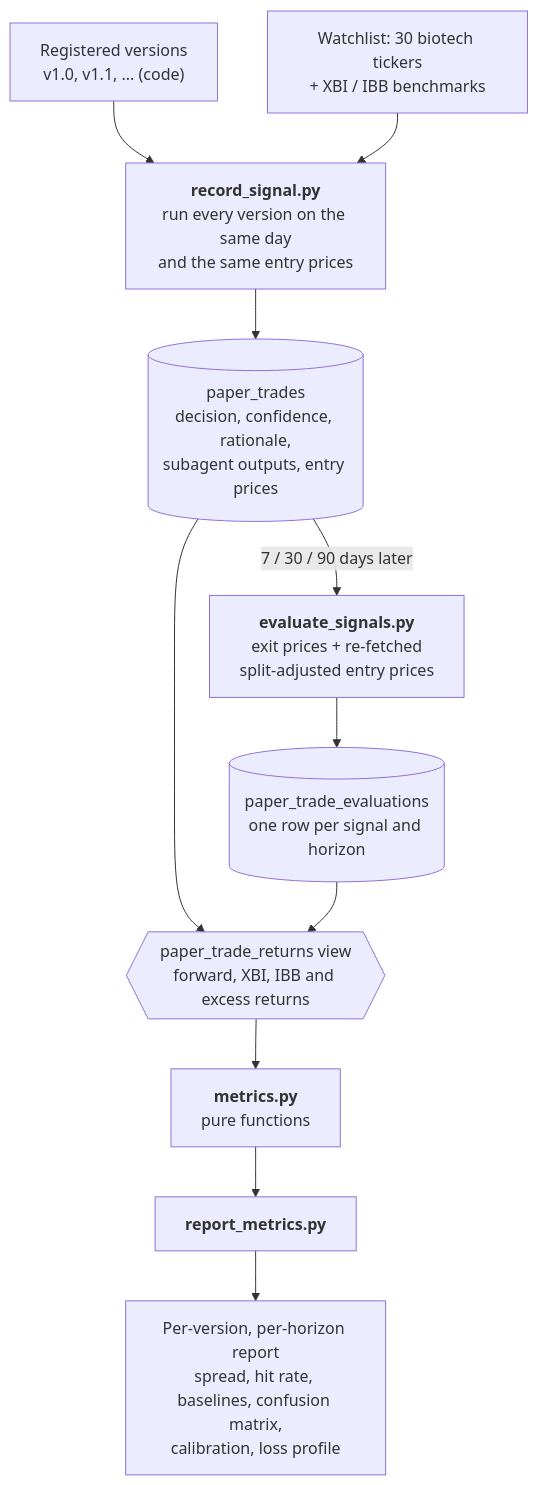
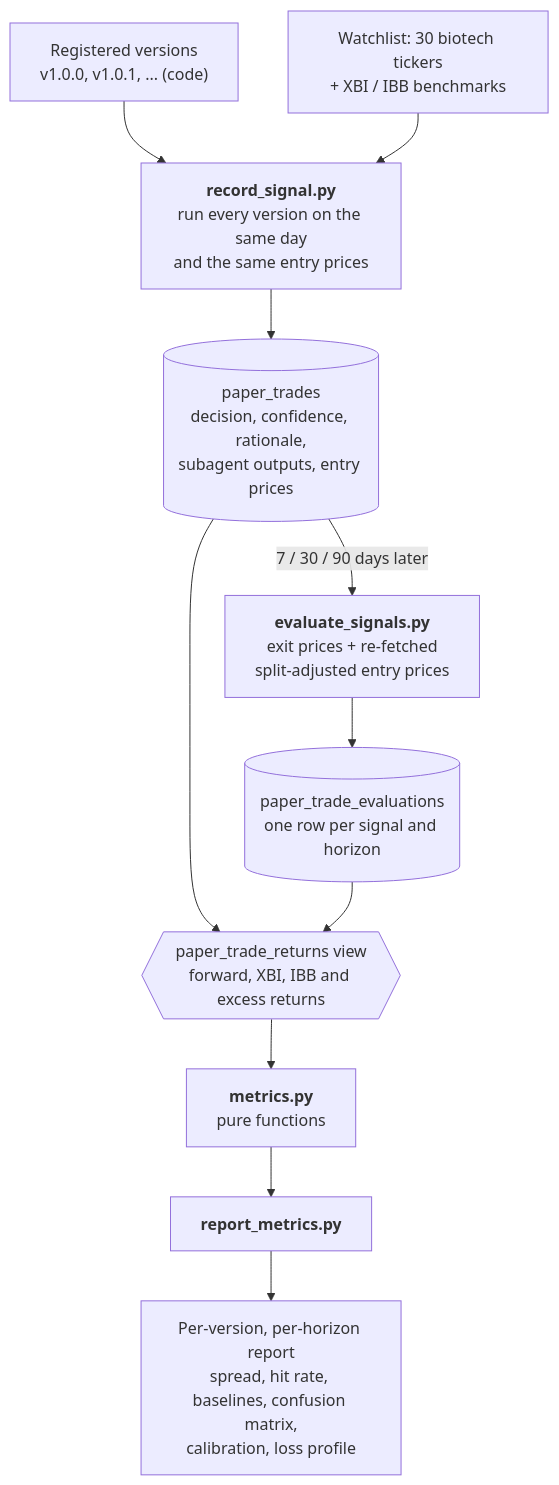
One commit to Jun909/biosignalfoundry changed the diagram in README.md. Above: the diagram before and after it, drawn with Mermaid. The commit also changed other lines of this file and 14 other files, not shown here.

````diff
--- a/README.md
+++ b/README.md
@@ -101,22 +101,22 @@
 ```mermaid
 flowchart TD
-    V["Registered versions<br/>v1.0, v1.1, ... (code)"]
+    V["Registered versions<br/>v1.0.0, v1.0.1, ... (code)"]
     W["Watchlist: 30 biotech tickers<br/>+ XBI / IBB benchmarks"]
 
     V --> R
     W --> R
     R["<b>record_signal.py</b><br/>run every version on the same day<br/>and the same entry prices"]
     R --> PT[("paper_trades<br/>decision, confidence, rationale,<br/>subagent outputs, entry prices")]
 
     PT -- "7 / 30 / 90 days later" --> E
     E["<b>evaluate_signals.py</b><br/>exit prices + re-fetched<br/>split-adjusted entry prices"]
     E --> EV[("paper_trade_evaluations<br/>one row per signal and horizon")]
 
     PT --> VW
     EV --> VW
     VW{{"paper_trade_returns view<br/>forward, XBI, IBB and excess returns"}}
 
     VW --> M["<b>metrics.py</b><br/>pure functions"]
     M --> RP["<b>report_metrics.py</b>"]
     RP --> OUT["Per-version, per-horizon report<br/>spread, hit rate, baselines, confusion matrix,<br/>calibration, loss profile"]
 ```
````
